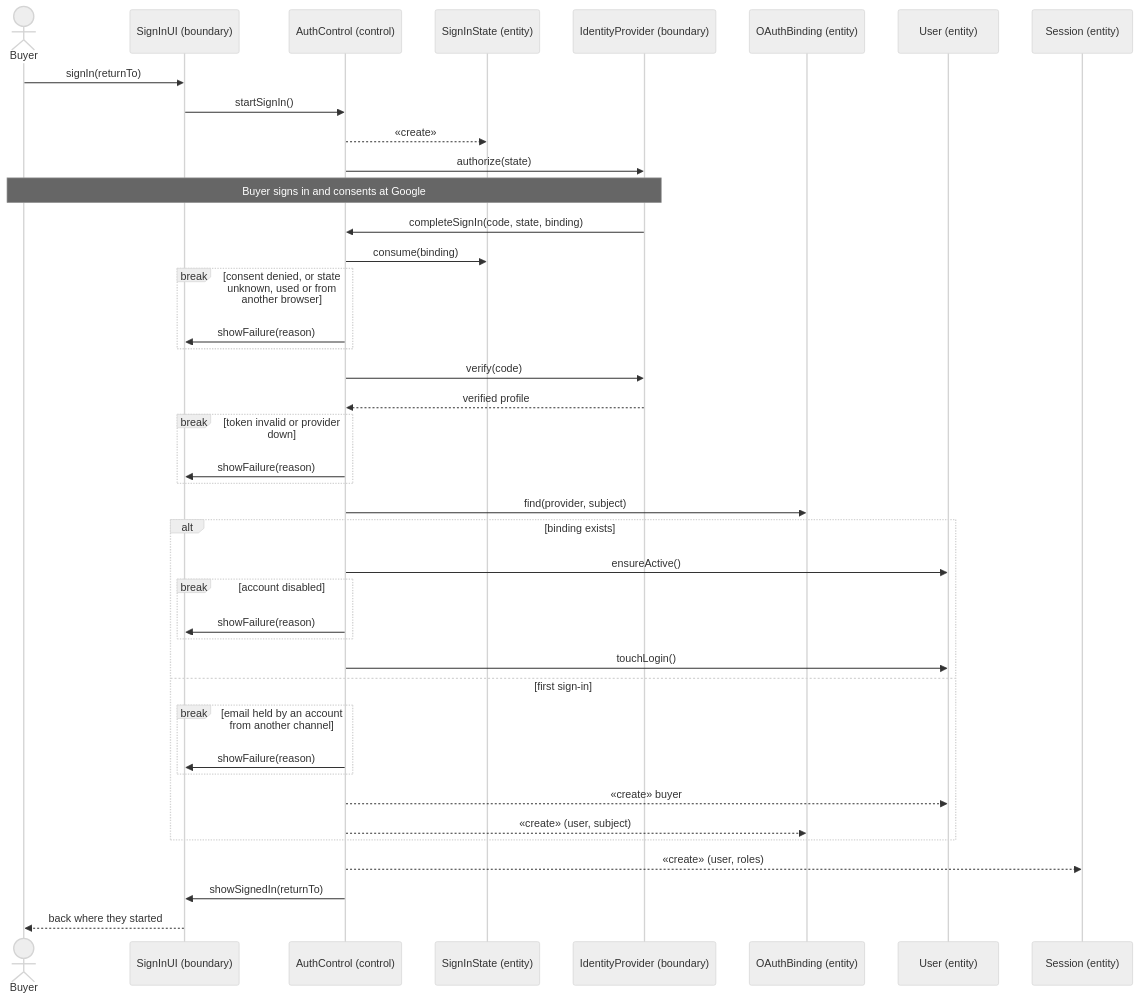
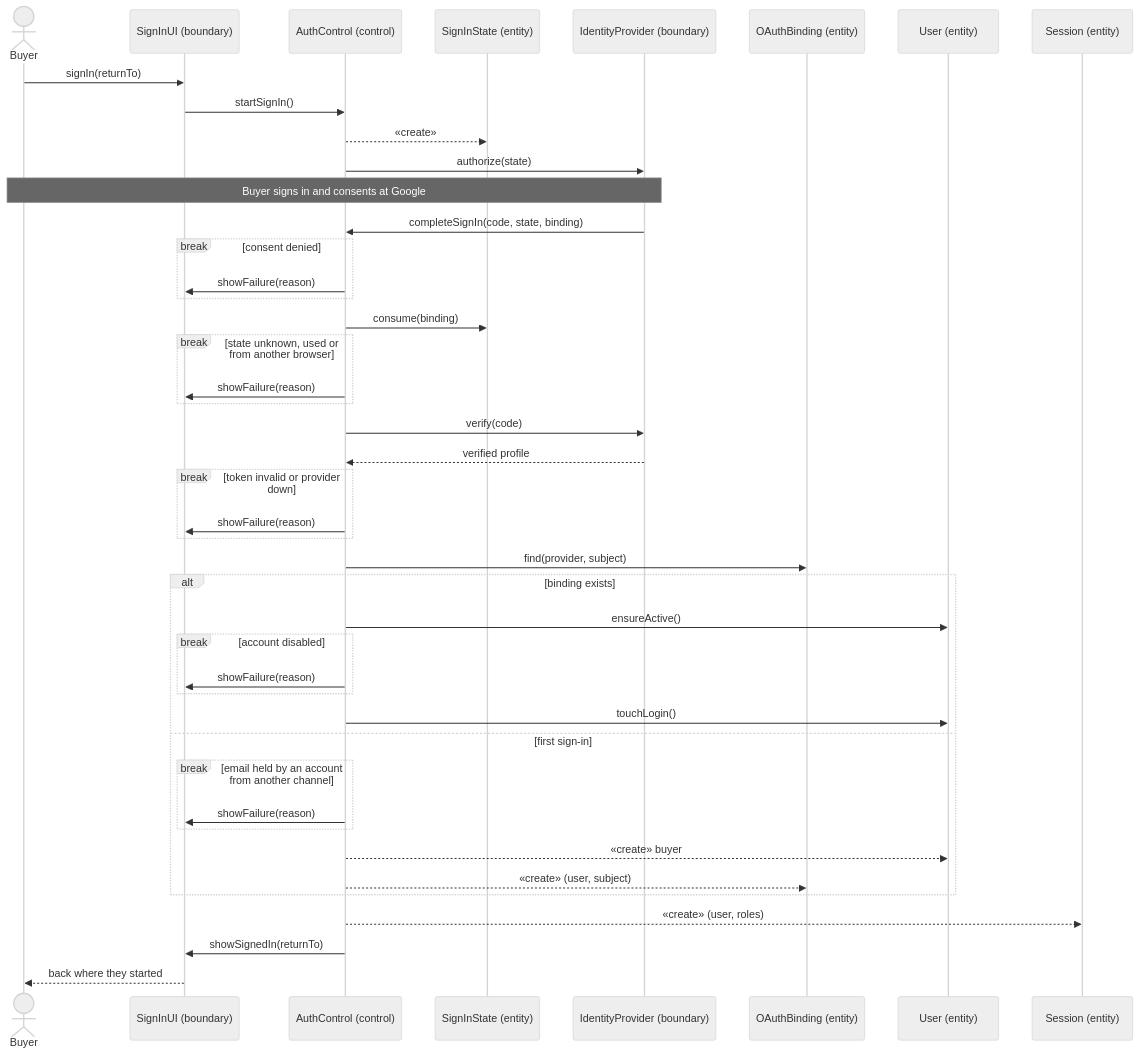
Before and after one commit to PPsyrius/iss-groupbuy-team8: the fifth of 18 diagrams in docs/swe5006/report/sections/03-4-3-pan.md, drawn with Mermaid (neutral theme). The commit also changed other lines of this file, not shown here.

````diff
--- a/docs/swe5006/report/sections/03-4-3-pan.md
+++ b/docs/swe5006/report/sections/03-4-3-pan.md
@@ -221,43 +221,46 @@
 ```mermaid
 sequenceDiagram
     actor Buyer
     participant UI as SignInUI (boundary)
     participant Ctl as AuthControl (control)
     participant St as SignInState (entity)
     participant IdP as IdentityProvider (boundary)
     participant B as OAuthBinding (entity)
     participant U as User (entity)
     participant S as Session (entity)
     Buyer->>UI: signIn(returnTo)
     UI->>Ctl: startSignIn()
     Ctl-->>St: «create»
     Ctl->>IdP: authorize(state)
     Note over Buyer,IdP: Buyer signs in and consents at Google
     IdP->>Ctl: completeSignIn(code, state, binding)
+    break consent denied
+        Ctl->>UI: showFailure(reason)
+    end
     Ctl->>St: consume(binding)
-    break consent denied, or state unknown, used or from another browser
+    break state unknown, used or from another browser
         Ctl->>UI: showFailure(reason)
     end
     Ctl->>IdP: verify(code)
     IdP-->>Ctl: verified profile
     break token invalid or provider down
         Ctl->>UI: showFailure(reason)
     end
     Ctl->>B: find(provider, subject)
     alt binding exists
         Ctl->>U: ensureActive()
         break account disabled
             Ctl->>UI: showFailure(reason)
         end
         Ctl->>U: touchLogin()
     else first sign-in
         break email held by an account from another channel
             Ctl->>UI: showFailure(reason)
         end
         Ctl-->>U: «create» buyer
         Ctl-->>B: «create» (user, subject)
     end
     Ctl-->>S: «create» (user, roles)
     Ctl->>UI: showSignedIn(returnTo)
     UI-->>Buyer: back where they started
 ```
````
